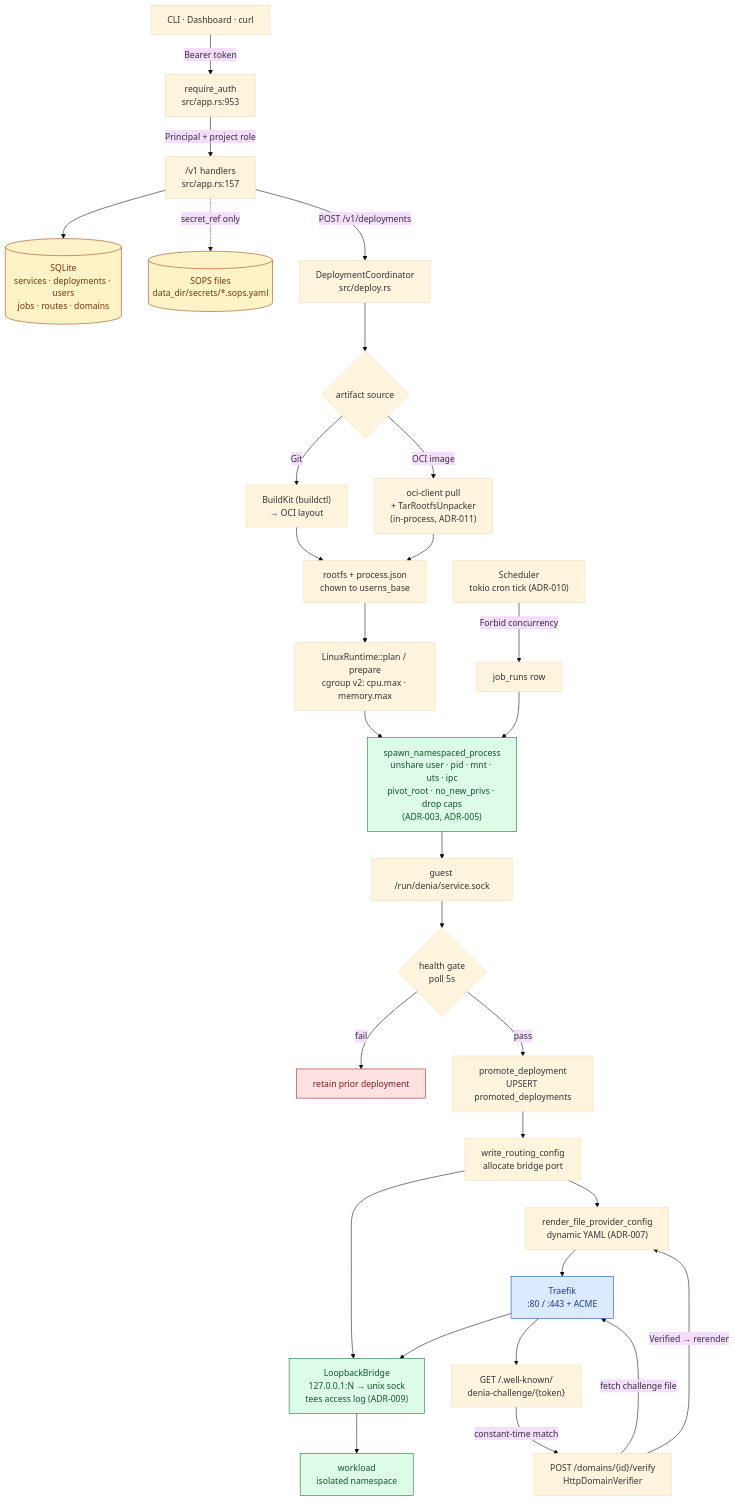
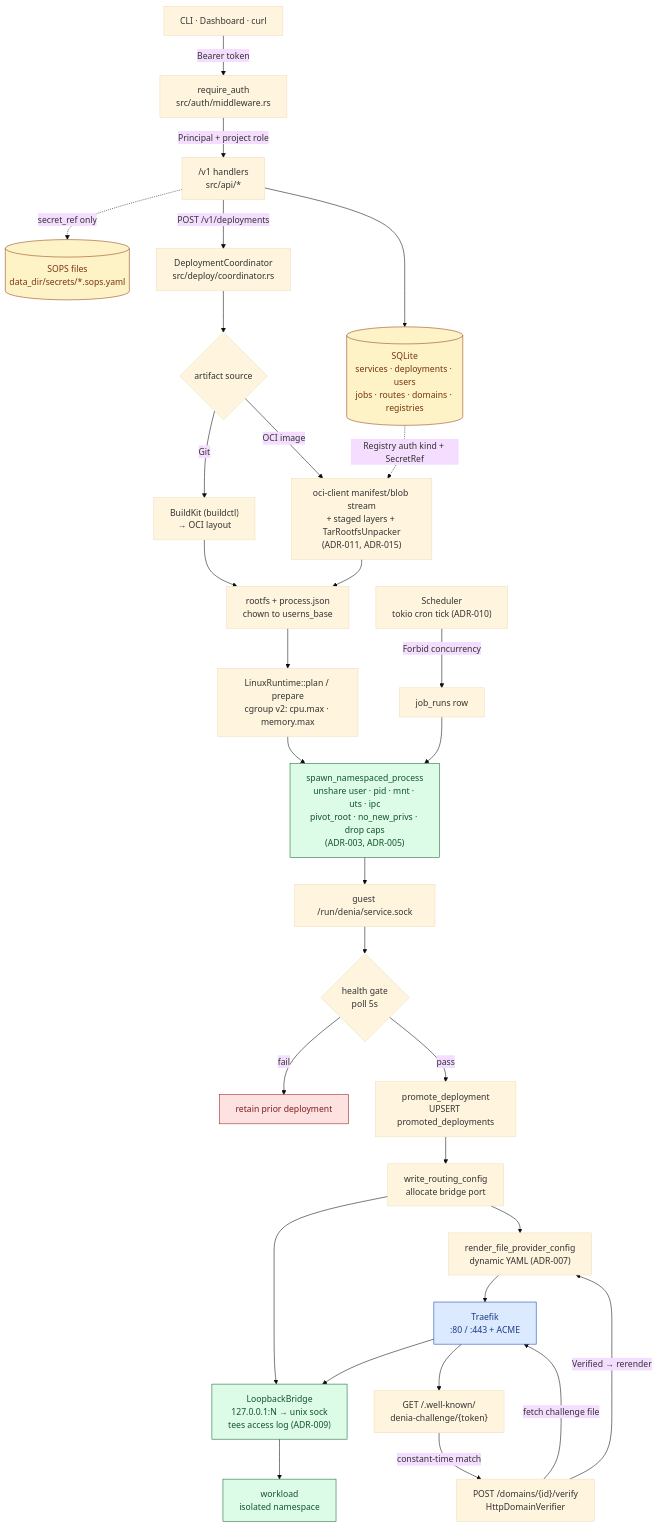
Before and after one commit to zainokta/denia: the diagram in README.md, drawn with Mermaid (base theme). The commit also changed other lines of this file, not shown here.

Commit message:
docs(readme): refresh project overview

````diff
--- a/README.md
+++ b/README.md
@@ -71,49 +75,50 @@
 ```mermaid
 flowchart TB
   classDef store fill:#fef3c7,stroke:#92400e,color:#78350f
   classDef edge fill:#dbeafe,stroke:#1e40af,color:#1e3a8a
   classDef rt fill:#dcfce7,stroke:#166534,color:#14532d
   classDef warn fill:#fee2e2,stroke:#991b1b,color:#7f1d1d
 
   Client["CLI · Dashboard · curl"]
   Edge["Traefik<br/>:80 / :443 + ACME"]:::edge
   Challenge["GET /.well-known/<br/>denia-challenge/{token}"]
 
-  Client -- "Bearer token" --> Auth["require_auth<br/>src/app.rs:953"]
-  Auth -- "Principal + project role" --> API["/v1 handlers<br/>src/app.rs:157"]
+  Client -- "Bearer token" --> Auth["require_auth<br/>src/auth/middleware.rs"]
+  Auth -- "Principal + project role" --> API["/v1 handlers<br/>src/api/*"]
 
-  API --> Store[("SQLite<br/>services · deployments · users<br/>jobs · routes · domains")]:::store
+  API --> Store[("SQLite<br/>services · deployments · users<br/>jobs · routes · domains · registries")]:::store
   API -. "secret_ref only" .-> SOPS[("SOPS files<br/>data_dir/secrets/*.sops.yaml")]:::store
 
-  API -- "POST /v1/deployments" --> Coord["DeploymentCoordinator<br/>src/deploy.rs"]
+  API -- "POST /v1/deployments" --> Coord["DeploymentCoordinator<br/>src/deploy/coordinator.rs"]
 
   Coord --> Acq{"artifact source"}
   Acq -- "Git" --> BK["BuildKit (buildctl)<br/>→ OCI layout"]
-  Acq -- "OCI image" --> Pull["oci-client pull<br/>+ TarRootfsUnpacker<br/>(in-process, ADR-011)"]
+  Acq -- "OCI image" --> Pull["oci-client manifest/blob stream<br/>+ staged layers + TarRootfsUnpacker<br/>(ADR-011, ADR-015)"]
+  Store -. "Registry auth kind + SecretRef" .-> Pull
   BK --> Bundle["rootfs + process.json<br/>chown to userns_base"]
   Pull --> Bundle
 
   Bundle --> Plan["LinuxRuntime::plan / prepare<br/>cgroup v2: cpu.max · memory.max"]
   Plan --> Spawn["spawn_namespaced_process<br/>unshare user · pid · mnt · uts · ipc<br/>pivot_root · no_new_privs · drop caps<br/>(ADR-003, ADR-005)"]:::rt
   Spawn --> Sock["guest /run/denia/service.sock"]
 
   Sock --> Health{"health gate<br/>poll 5s"}
   Health -- "fail" --> Rollback["retain prior deployment"]:::warn
   Health -- "pass" --> Promote["promote_deployment<br/>UPSERT promoted_deployments"]
 
   Promote --> Routing["write_routing_config<br/>allocate bridge port"]
   Routing --> Bridge["LoopbackBridge<br/>127.0.0.1:N → unix sock<br/>tees access log (ADR-009)"]:::rt
   Routing --> Traefik["render_file_provider_config<br/>dynamic YAML (ADR-007)"]
 
   Traefik --> Edge
   Edge --> Bridge
   Bridge --> Workload["workload<br/>isolated namespace"]:::rt
 
   Verify["POST /domains/{id}/verify<br/>HttpDomainVerifier"] -- "fetch challenge file" --> Edge
   Edge --> Challenge
   Challenge -- "constant-time match" --> Verify
   Verify -- "Verified → rerender" --> Traefik
 
   Sched["Scheduler<br/>tokio cron tick (ADR-010)"] -- "Forbid concurrency" --> JobRun["job_runs row"]
   JobRun --> Spawn
 ```
````
